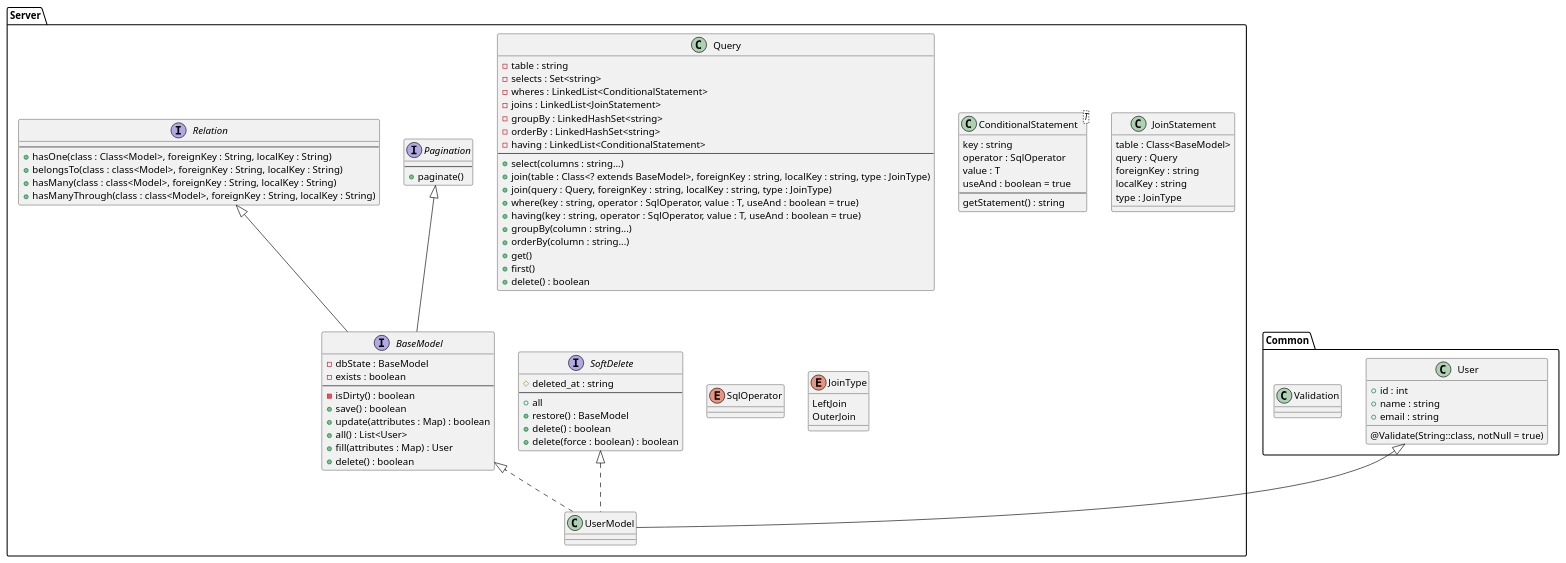
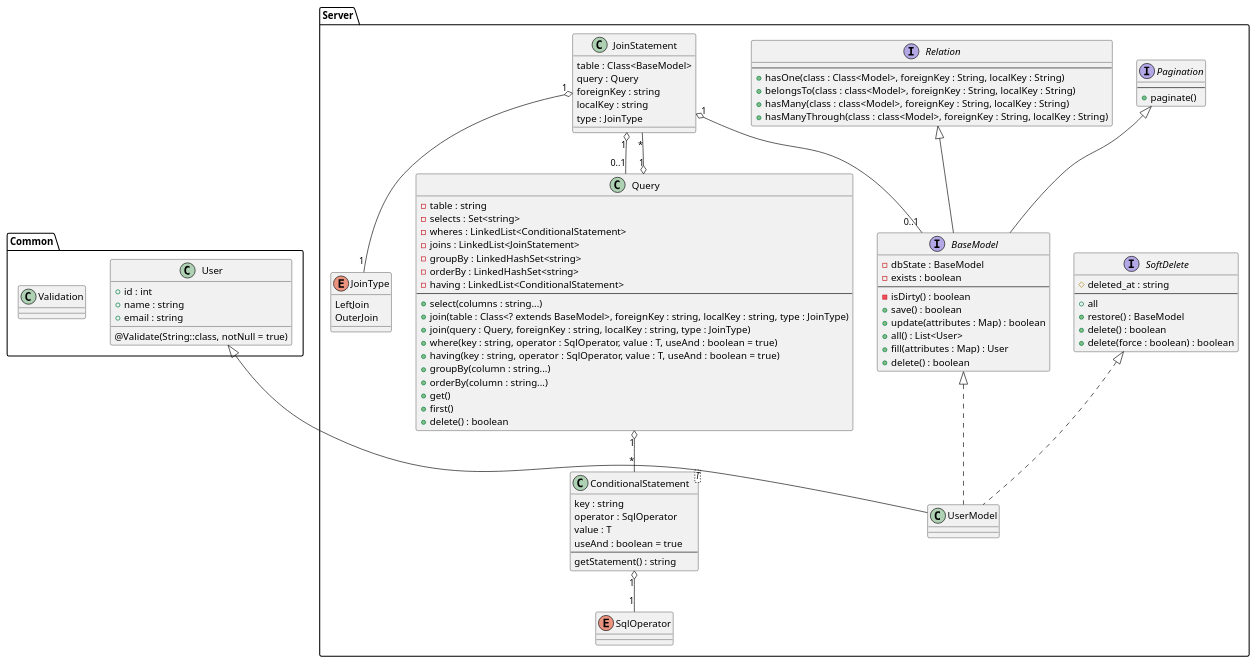
Before and after one commit to asmadsen/pgr200-exam: the diagram in orm.puml, drawn with PlantUML.

Commit message:
Add connections to ORM puml

```diff
--- a/orm.puml
+++ b/orm.puml
@@ -1,105 +1,113 @@
 @startuml
 
 namespace Common {
     class User {
         +id : int
         +name : string
         @Validate(String::class, notNull = true)
         +email : string
     }
 
     class Validation {
 
     }
 }
 
 namespace Server {
 
     class UserModel extends Common.User implements BaseModel, SoftDelete {
     }
 
     interface BaseModel implements Pagination, Relation {
         -dbState : BaseModel
         -exists : boolean
         ---
         -isDirty() : boolean
         +save() : boolean
         +update(attributes : Map) : boolean
         +all() : List<User>
         +fill(attributes : Map) : User
         +delete() : boolean
     }
 
     interface Pagination {
         ---
         +paginate()
     }
 
     interface SoftDelete {
         #deleted_at : string
         ---
         +all
         +restore() : BaseModel
         +delete() : boolean
         +delete(force : boolean) : boolean
     }
 
     interface Relation {
         ---
         +hasOne(class : Class<Model>, foreignKey : String, localKey : String)
         +belongsTo(class : class<Model>, foreignKey : String, localKey : String)
         +hasMany(class : class<Model>, foreignKey : String, localKey : String)
         +hasManyThrough(class : class<Model>, foreignKey : String, localKey : String)
     }
 
     class Query {
         -table : string
         -selects : Set<string>
         -wheres : LinkedList<ConditionalStatement>
         -joins : LinkedList<JoinStatement>
         -groupBy : LinkedHashSet<string>
         -orderBy : LinkedHashSet<string>
         -having : LinkedList<ConditionalStatement>
         ---
         +select(columns : string...)
         +join(table : Class<? extends BaseModel>, foreignKey : string, localKey : string, type : JoinType)
         +join(query : Query, foreignKey : string, localKey : string, type : JoinType)
         +where(key : string, operator : SqlOperator, value : T, useAnd : boolean = true)
         +having(key : string, operator : SqlOperator, value : T, useAnd : boolean = true)
         +groupBy(column : string...)
         +orderBy(column : string...)
         +get()
         +first()
         +delete() : boolean
     }
 
+    Query "1" o-- "*" ConditionalStatement
+    Query "1" o-- "*" JoinStatement
+
     class ConditionalStatement<T> {
         key : string
         operator : SqlOperator
         value : T
         useAnd : boolean = true
         ---
         getStatement() : string
     }
 
+    ConditionalStatement "1" o-- "1" SqlOperator
+
     class JoinStatement {
         table : Class<BaseModel>
         query : Query
         foreignKey : string
         localKey : string
         type : JoinType
     }
 
+    JoinStatement "1" o-- "1" JoinType
+    JoinStatement "1" o-- "0..1" Query
+    JoinStatement "1" o-- "0..1" BaseModel
 
     enum SqlOperator {
 
     }
 
     enum JoinType {
         LeftJoin
         OuterJoin
     }
 
 }
 
 @enduml
```
